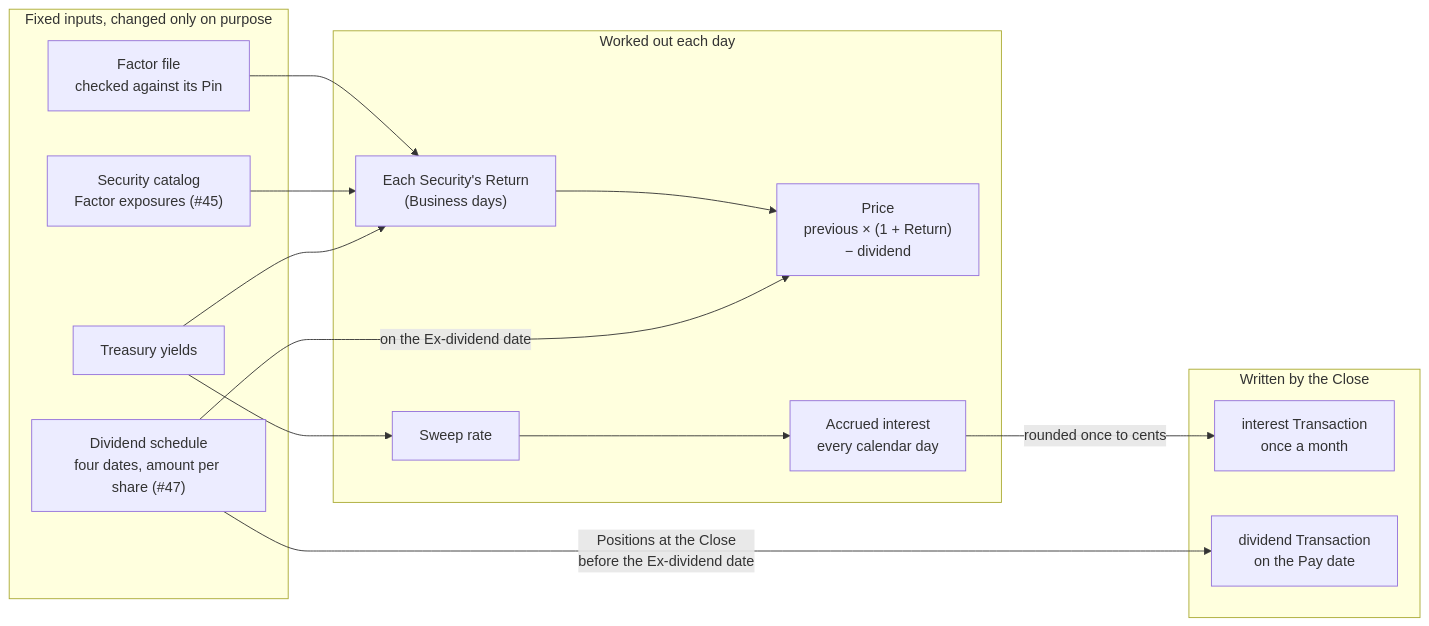
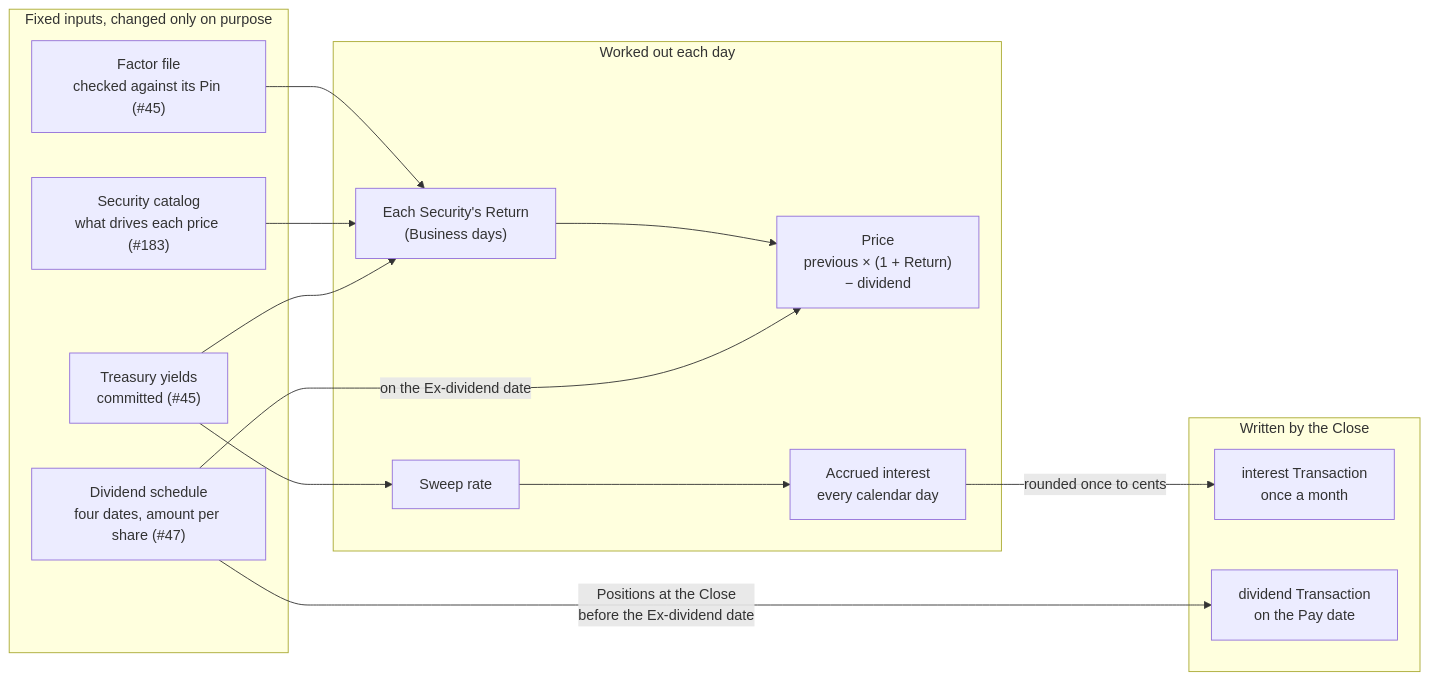
Before and after one commit to m0t0r/cognitive-wealth: the diagram in docs/diagrams/market-inputs.mmd, drawn with Mermaid. The commit also changed 6 other files, not shown here.

```diff
--- a/docs/diagrams/market-inputs.mmd
+++ b/docs/diagrams/market-inputs.mmd
@@ -1,26 +1,26 @@
 flowchart LR
   subgraph fixed["Fixed inputs, changed only on purpose"]
-    ff["Factor file<br/>checked against its Pin"]
-    ty["Treasury yields"]
-    cat["Security catalog<br/>Factor exposures (#45)"]
+    ff["Factor file<br/>checked against its Pin (#45)"]
+    ty["Treasury yields<br/>committed (#45)"]
+    cat["Security catalog<br/>what drives each price (#183)"]
     sched["Dividend schedule<br/>four dates, amount per share (#47)"]
   end
   subgraph daily["Worked out each day"]
     ret["Each Security's Return<br/>(Business days)"]
     px["Price<br/>previous × (1 + Return)<br/>− dividend"]
     rate["Sweep rate"]
     acc["Accrued interest<br/>every calendar day"]
   end
   subgraph close["Written by the Close"]
     int["interest Transaction<br/>once a month"]
     div["dividend Transaction<br/>on the Pay date"]
   end
   ff --> ret
   cat --> ret
   ty --> ret
   ret --> px
   sched -->|"on the Ex-dividend date"| px
   sched -->|"Positions at the Close<br/>before the Ex-dividend date"| div
   ty --> rate
   rate --> acc
   acc -->|"rounded once to cents"| int
```
